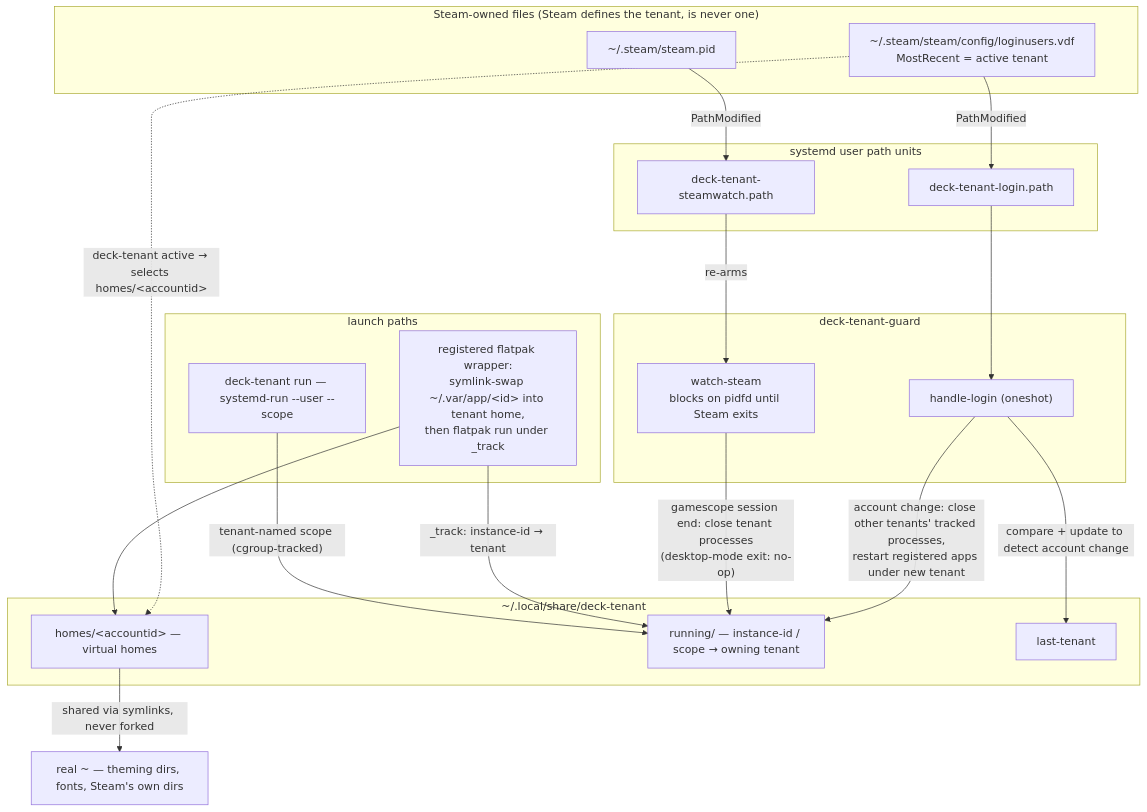
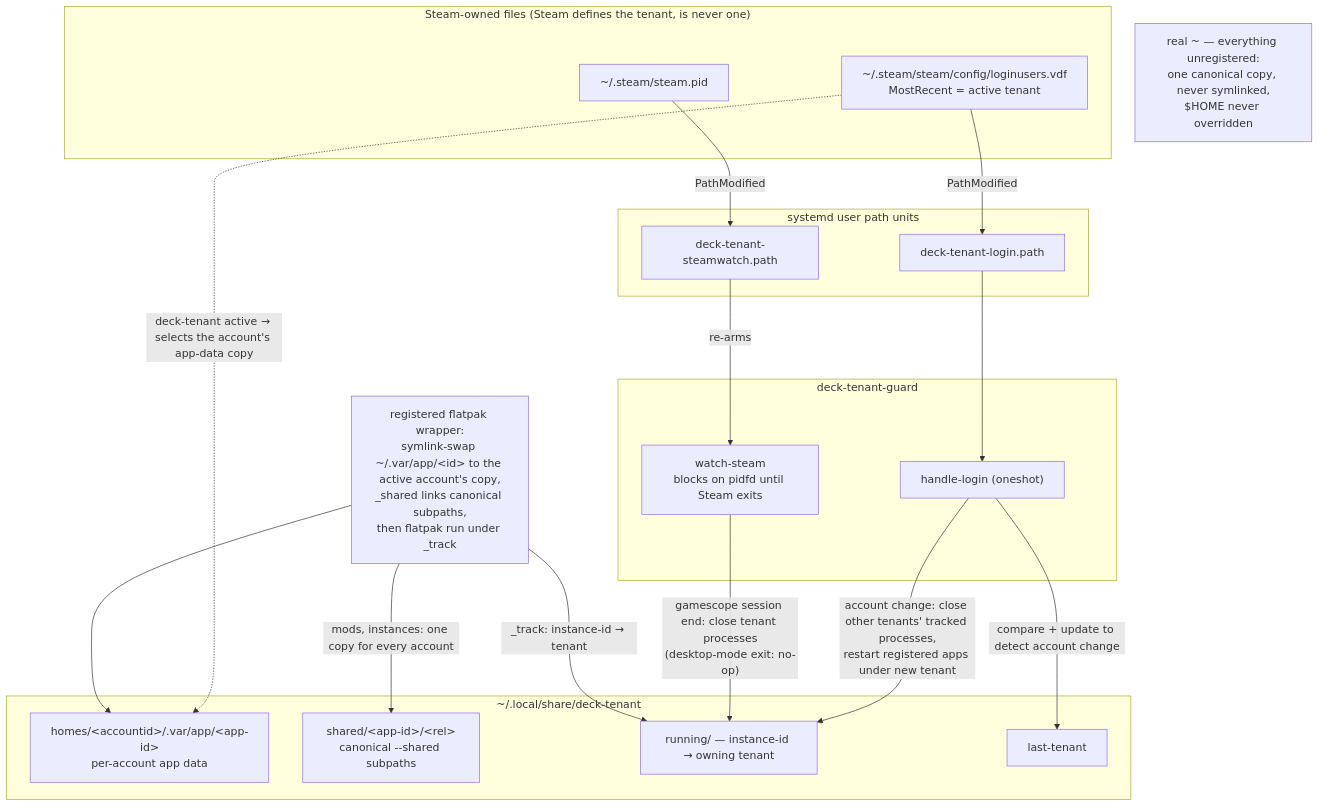
One commit to MasonRhodesDev/deck-tenant changed the diagram in README.md. Above: the diagram before and after it, drawn with Mermaid. The commit also changed other lines of this file and 1 other file, not shown here.

First line of the commit message:
rework: per-app data isolation only — no virtual homes, no $HOME override

````diff
--- a/README.md
+++ b/README.md
@@ -100,43 +115,40 @@
 ```mermaid
 flowchart TD
     subgraph steamfiles["Steam-owned files (Steam defines the tenant, is never one)"]
         login["~/.steam/steam/config/loginusers.vdf<br/>MostRecent = active tenant"]
         pidfile["~/.steam/steam.pid"]
     end
 
     subgraph units["systemd user path units"]
         lpath["deck-tenant-login.path"]
         spath["deck-tenant-steamwatch.path"]
     end
 
     subgraph guard["deck-tenant-guard"]
         handlelogin["handle-login (oneshot)"]
         watchsteam["watch-steam<br/>blocks on pidfd until Steam exits"]
     end
 
     subgraph state["~/.local/share/deck-tenant"]
-        homes["homes/&lt;accountid&gt; — virtual homes"]
-        procs["running/ — instance-id / scope → owning tenant"]
+        homes["homes/&lt;accountid&gt;/.var/app/&lt;app-id&gt;<br/>per-account app data"]
+        shared["shared/&lt;app-id&gt;/&lt;rel&gt;<br/>canonical --shared subpaths"]
+        procs["running/ — instance-id → owning tenant"]
         last["last-tenant"]
     end
 
-    subgraph launch["launch paths"]
-        wrapper["registered flatpak wrapper:<br/>symlink-swap ~/.var/app/&lt;id&gt; into tenant home,<br/>then flatpak run under _track"]
-        runcmd["deck-tenant run — systemd-run --user --scope"]
-    end
+    wrapper["registered flatpak wrapper:<br/>symlink-swap ~/.var/app/&lt;id&gt; to the active account's copy,<br/>_shared links canonical subpaths,<br/>then flatpak run under _track"]
 
-    realhome["real ~ — theming dirs, fonts, Steam's own dirs"]
+    realhome["real ~ — everything unregistered:<br/>one canonical copy, never symlinked,<br/>$HOME never overridden"]
 
     login -- "PathModified" --> lpath
     pidfile -- "PathModified" --> spath
     lpath --> handlelogin
     spath -- "re-arms" --> watchsteam
     handlelogin -- "compare + update to detect account change" --> last
     handlelogin -- "account change: close other tenants' tracked processes,<br/>restart registered apps under new tenant" --> procs
     watchsteam -- "gamescope session end: close tenant processes<br/>(desktop-mode exit: no-op)" --> procs
-    login -. "deck-tenant active → selects homes/&lt;accountid&gt;" .-> homes
+    login -. "deck-tenant active → selects the account's app-data copy" .-> homes
     wrapper --> homes
+    wrapper -- "mods, instances: one copy for every account" --> shared
     wrapper -- "_track: instance-id → tenant" --> procs
-    runcmd -- "tenant-named scope (cgroup-tracked)" --> procs
-    homes -- "shared via symlinks, never forked" --> realhome
 ```
````
